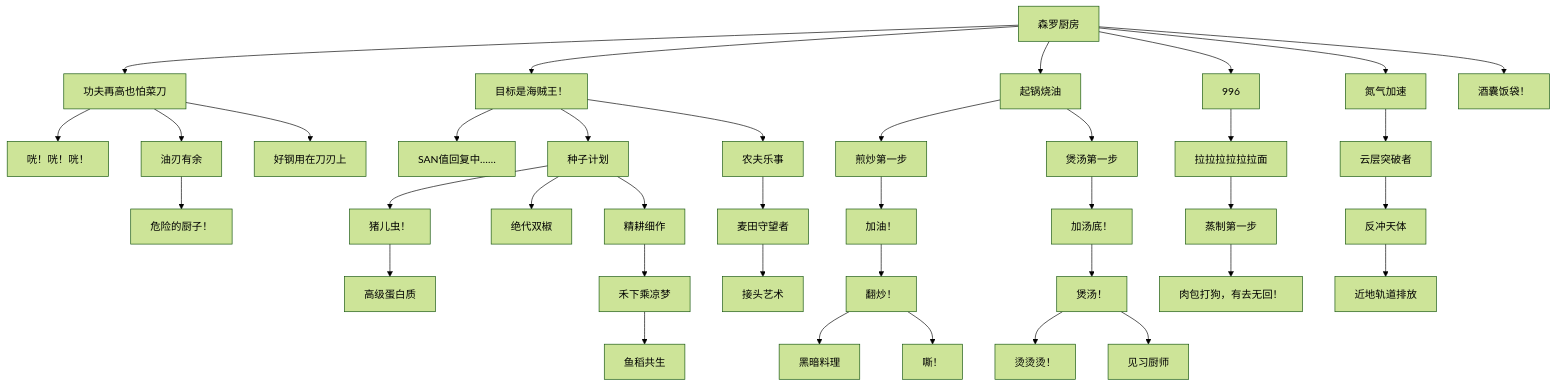
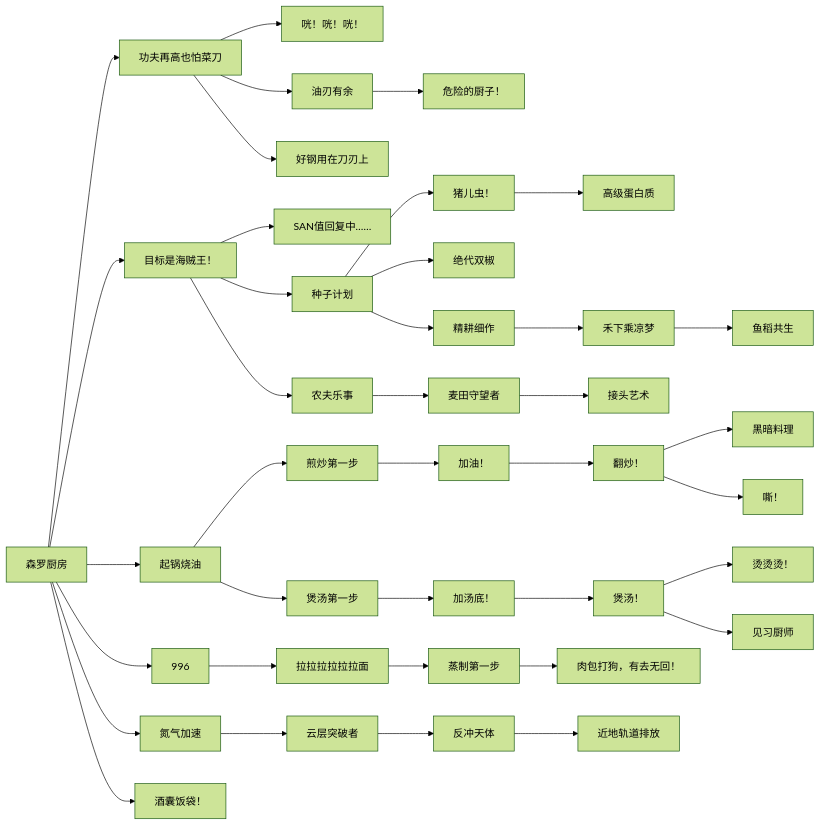
One commit to KaleidoscopeMods/KaleidoscopeWeb changed the diagram in docs/notes/wiki/厨房/进度.md. Above: the diagram before and after it, drawn with Mermaid (forest theme). The commit also changed other lines of this file and 13 other files, not shown here.

````diff
--- a/docs/notes/wiki/厨房/进度.md
+++ b/docs/notes/wiki/厨房/进度.md
@@ -18,47 +28,45 @@
 ```mermaid
-graph TD
-    root["森罗厨房"]
+graph LR
+    root["森罗厨房"] --> iron_knife["功夫再高也怕菜刀"]
+    root --> straw_hat["目标是海贼王！"]
+    root --> stove["起锅烧油"]
+    root --> millstone["996"]
+    root --> nitrogen_100["氮气加速"]
+    root --> transmutation_lunch_bag["酒囊饭袋！"]
 
-    root --> iron_knife["功夫再高也怕菜刀"]
     iron_knife --> chopping_board["咣！咣！咣！"]
     iron_knife --> oil["油刃有余"]
+    iron_knife --> netherite_knife["好钢用在刀刃上"]
     oil --> dangerous_chef["危险的厨子！"]
-    iron_knife --> netherite_knife["好钢用在刀刃上"]
 
-    root --> straw_hat["目标是海贼王！"]
     straw_hat --> flower_straw_hat["SAN值回复中……"]
     straw_hat --> tomato_seed["种子计划"]
+    straw_hat --> farmer_set["农夫乐事"]
     tomato_seed --> caterpillar["猪儿虫！"]
-    caterpillar --> feed_chicken["高级蛋白质"]
     tomato_seed --> dual_chili["绝代双椒"]
     tomato_seed --> iron_hoe["精耕细作"]
+    caterpillar --> feed_chicken["高级蛋白质"]
     iron_hoe --> rice_panicle["禾下乘凉梦"]
     rice_panicle --> fish_rice["鱼稻共生"]
-    straw_hat --> farmer_set["农夫乐事"]
     farmer_set --> scarecrow["麦田守望者"]
     scarecrow --> scarecrow_head["接头艺术"]
 
-    root --> stove["起锅烧油"]
     stove --> pot["煎炒第一步"]
+    stove --> stockpot["煲汤第一步"]
     pot --> add_oil["加油！"]
     add_oil --> stir_fry["翻炒！"]
     stir_fry --> dark_cuisine["黑暗料理"]
     stir_fry --> burn_hand["嘶！"]
-    stove --> stockpot["煲汤第一步"]
     stockpot --> add_broth["加汤底！"]
     add_broth --> make_soup["煲汤！"]
     make_soup --> burn_hand_soup["烫烫烫！"]
     make_soup --> apprentice_chef["见习厨师"]
 
-    root --> millstone["996"]
     millstone --> dough["拉拉拉拉拉拉面"]
     dough --> steamer["蒸制第一步"]
     steamer --> baozi["肉包打狗，有去无回！"]
 
-    root --> nitrogen_100["氮气加速"]
     nitrogen_100 --> nitrogen_300["云层突破者"]
     nitrogen_300 --> nitrogen_1000["反冲天体"]
     nitrogen_1000 --> nitrogen_3000["近地轨道排放"]
-
-    root --> transmutation_lunch_bag["酒囊饭袋！"]
 ```
````
